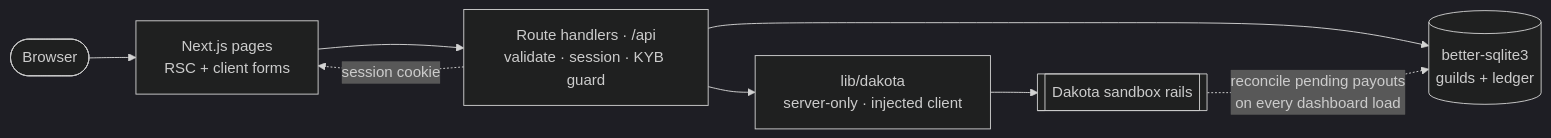
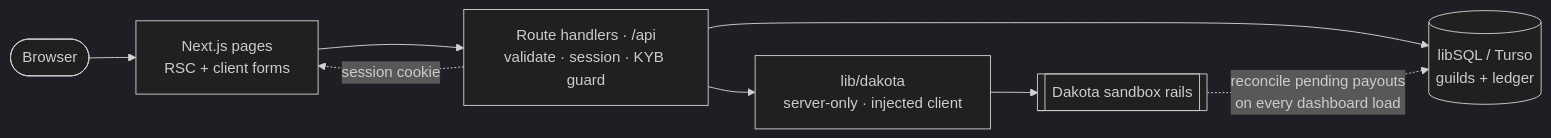
One commit to Enoch208/Guildpay changed the first of 3 diagrams in README.md. Above: the diagram before and after it, drawn with Mermaid (dark theme). The commit also changed other lines of this file and 20 other files, not shown here.

First line of the commit message:
refactor: swap persistence to libSQL/Turso (Vercel-deployable)

````diff
--- a/README.md
+++ b/README.md
@@ -65,10 +65,10 @@
 ```mermaid
 flowchart LR
     B(["Browser"]) --> P["Next.js pages<br/>RSC + client forms"]
     P --> API["Route handlers · /api<br/>validate · session · KYB guard"]
     API --> DK["lib/dakota<br/>server-only · injected client"]
-    API --> DB[("better-sqlite3<br/>guilds + ledger")]
+    API --> DB[("libSQL / Turso<br/>guilds + ledger")]
     DK --> DAK[["Dakota sandbox rails"]]
     DAK -. "reconcile pending payouts<br/>on every dashboard load" .-> DB
     API -. "session cookie" .-> P
 ```
````
